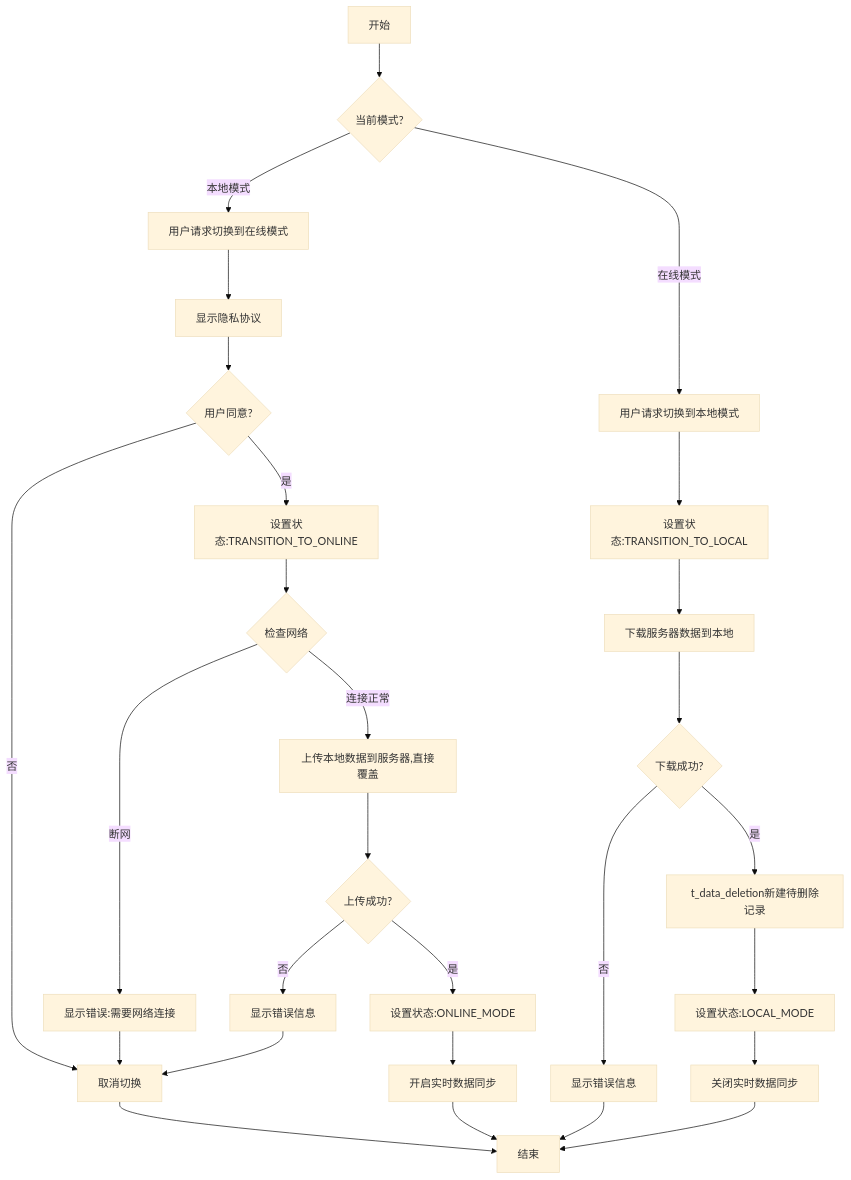
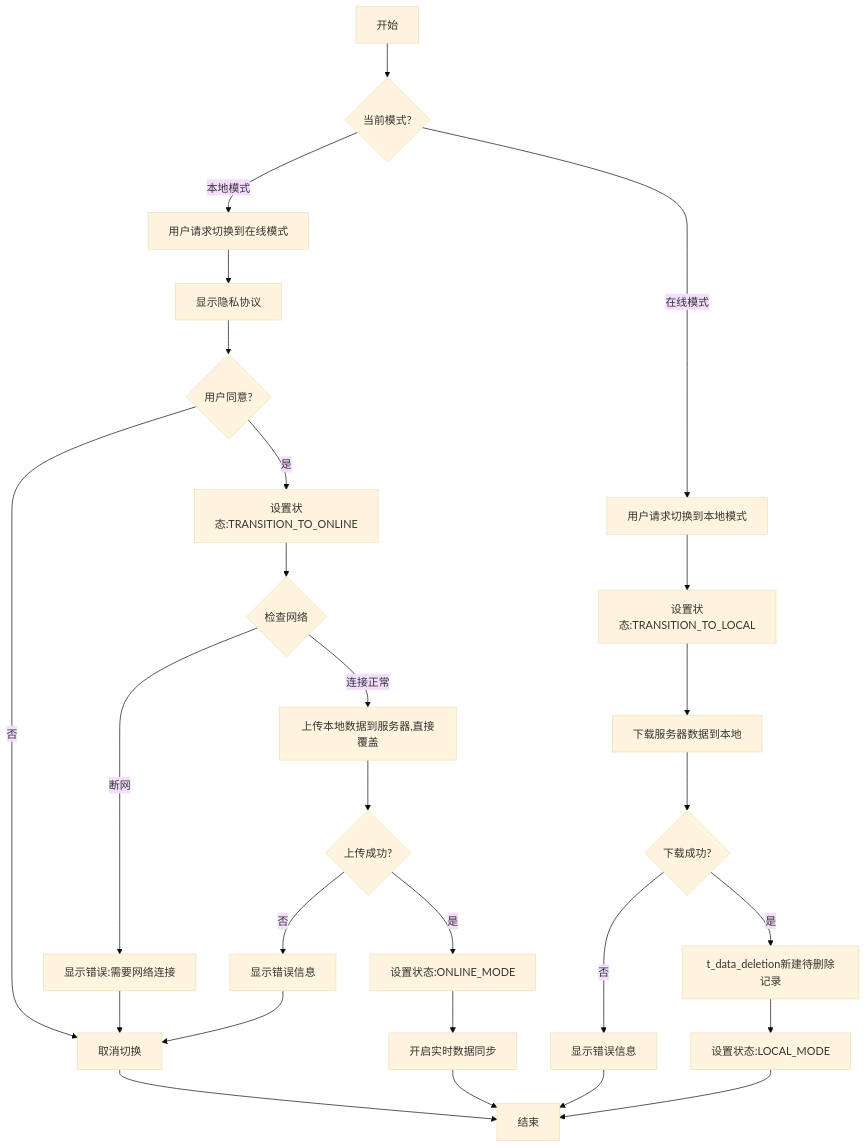
Before and after one commit to yingjianzh/iodraw-files: the diagram in all/未命名-50.md, drawn with Mermaid (base theme).

Commit message:
2025-05-08 16:14:42 update

````diff
--- a/all/未命名-50.md
+++ b/all/未命名-50.md
@@ -1,35 +1,34 @@
 ```mermaid
 
 flowchart TD
     A[开始] --> B{当前模式?}
     
     B -->|本地模式| C[用户请求切换到在线模式]
     C --> F[显示隐私协议]
     F --> G{用户同意?}
     G -->|否| H[取消切换]
     H --> Z[结束]
     G -->|是| I[设置状态:TRANSITION_TO_ONLINE]
     I --> J{检查网络}
     J -->|断网| K[显示错误:需要网络连接]
     K --> H
     J -->|连接正常| O[上传本地数据到服务器,直接覆盖]
     O --> P{上传成功?}
     P -->|否| Q[显示错误信息]
     Q --> H
     P -->|是| R[设置状态:ONLINE_MODE]
     R --> S[开启实时数据同步]
     S --> Z
     
     B -->|在线模式| T[用户请求切换到本地模式]
     T --> U[设置状态:TRANSITION_TO_LOCAL]
     U --> X[下载服务器数据到本地]
     X --> Y{下载成功?}
     Y -->|否| AA2[显示错误信息]
     AA2 --> Z
     Y -->|是| AB2[t_data_deletion新建待删除记录]
 
     AB2 -->AE[设置状态:LOCAL_MODE]
-    AE --> AF[关闭实时数据同步]
-    AF --> Z
+    AE --> Z
 
 ```
````
